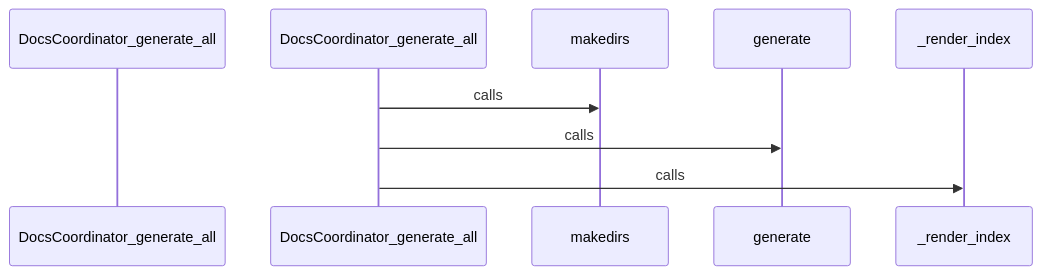
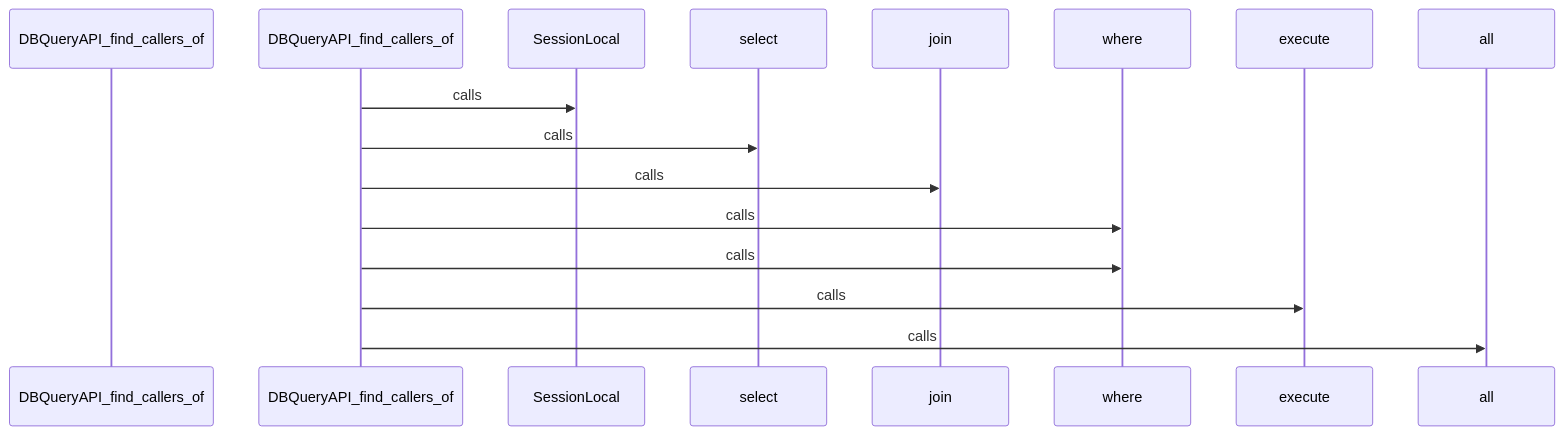
Before and after one commit to hazalkoom/DECODEx01: diagram 14 of 28 in docs/CALL_FLOW.md, drawn with Mermaid. The commit also changed other lines of this file and 6 other files, not shown here.

Commit message:
feat: NLG heuristic improvements - stricter schema matching, python decorator parsing, utility path pruning

````diff
--- a/docs/CALL_FLOW.md
+++ b/docs/CALL_FLOW.md
@@ -599,17 +599,33 @@
 ```mermaid
 sequenceDiagram
-    participant Start as DocsCoordinator_generate_all
+    participant Start as DBQueryAPI_find_callers_of
 
 
-    DocsCoordinator_generate_all->>makedirs: calls
+    DBQueryAPI_find_callers_of->>SessionLocal: calls
 
 
 
-    DocsCoordinator_generate_all->>generate: calls
+    DBQueryAPI_find_callers_of->>select: calls
 
 
 
-    DocsCoordinator_generate_all->>_render_index: calls
+    DBQueryAPI_find_callers_of->>join: calls
+
+
+
+    DBQueryAPI_find_callers_of->>where: calls
+
+
+
+    DBQueryAPI_find_callers_of->>where: calls
+
+
+
+    DBQueryAPI_find_callers_of->>execute: calls
+
+
+
+    DBQueryAPI_find_callers_of->>all: calls
 
 
 ```
````
